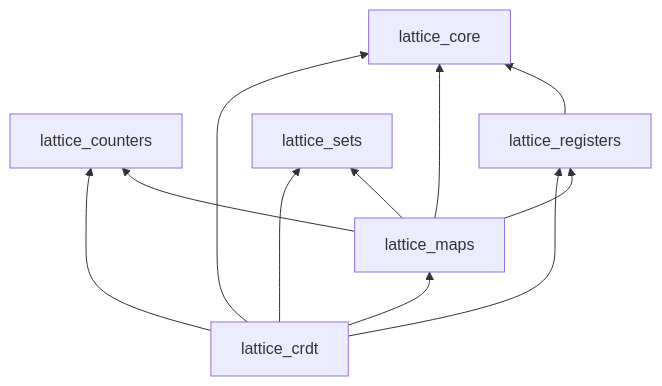
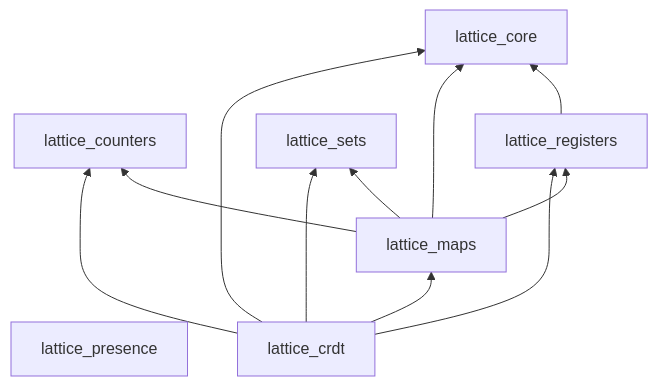
Before and after one commit to tylerbutler/lattice: the diagram in website/src/content/docs/packages.md, drawn with Mermaid. The commit also changed other lines of this file and 46 other files, not shown here.

````diff
--- a/website/src/content/docs/packages.md
+++ b/website/src/content/docs/packages.md
@@ -23,20 +24,21 @@
 ```mermaid
 graph BT
     core[lattice_core]
     counters[lattice_counters]
     registers[lattice_registers]
     sets[lattice_sets]
     maps[lattice_maps]
+    presence[lattice_presence]
     crdt[lattice_crdt]
 
     registers --> core
     maps --> core
     maps --> counters
     maps --> registers
     maps --> sets
     crdt --> core
     crdt --> counters
     crdt --> registers
     crdt --> sets
     crdt --> maps
 ```
````
